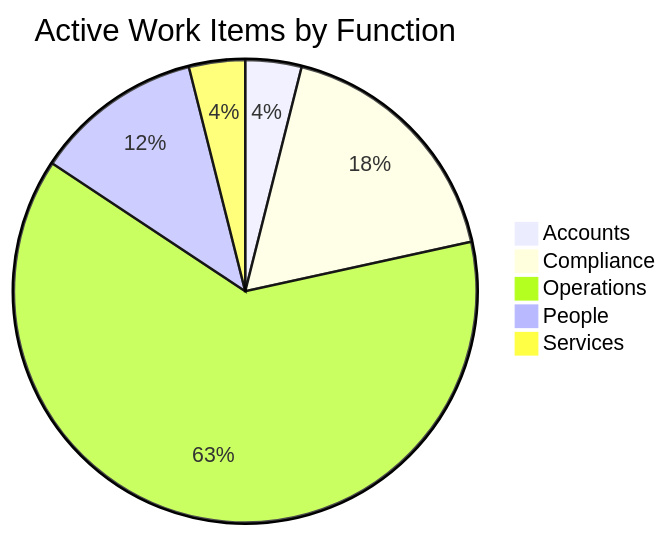
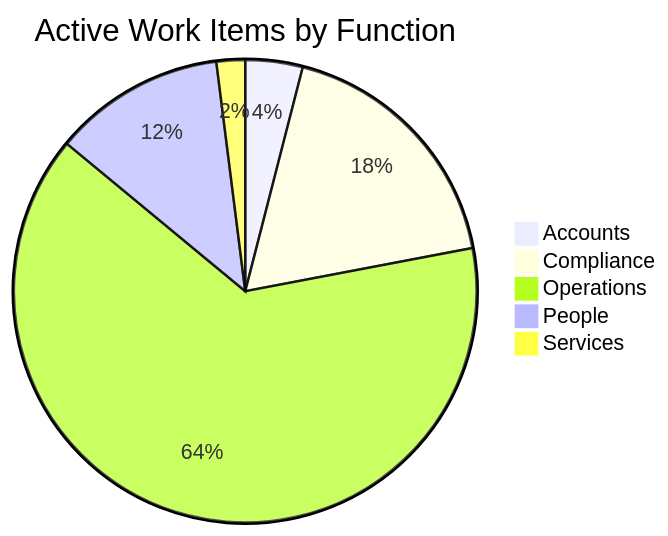
Before and after one commit to mgosal/5et.uk: the first of 3 diagrams in dashboard.md, drawn with Mermaid. The commit also changed other lines of this file and 2 other files, not shown here.

````diff
--- a/dashboard.md
+++ b/dashboard.md
@@ -79,8 +78,8 @@
 ```mermaid
 pie title Active Work Items by Function
     "Accounts" : 2
     "Compliance" : 9
     "Operations" : 32
     "People" : 6
-    "Services" : 2
+    "Services" : 1
 ```
````
